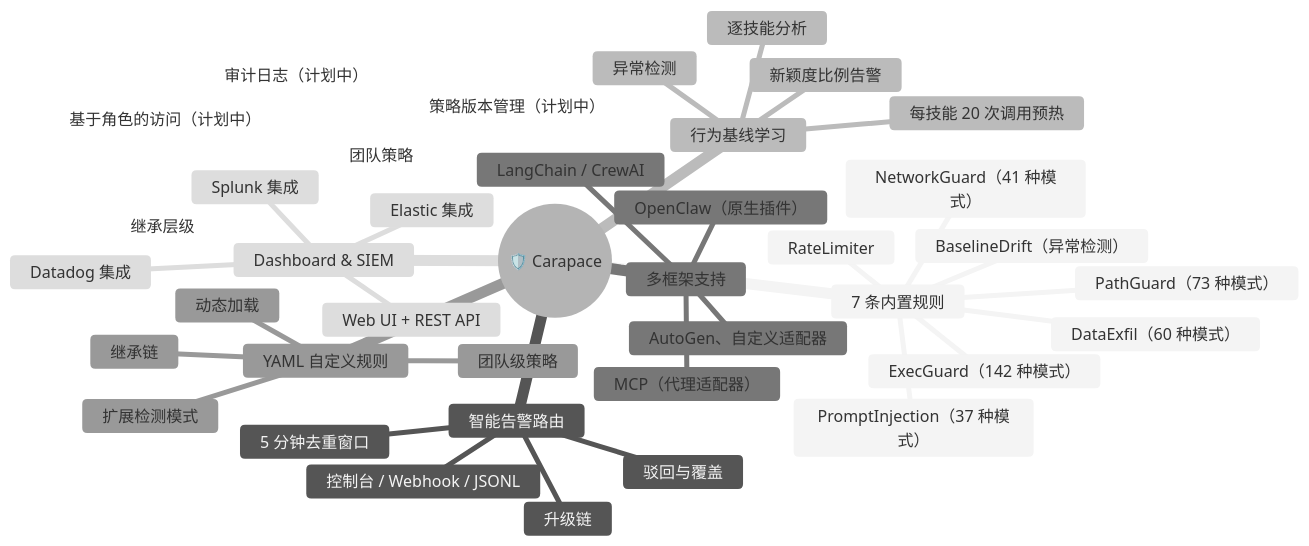
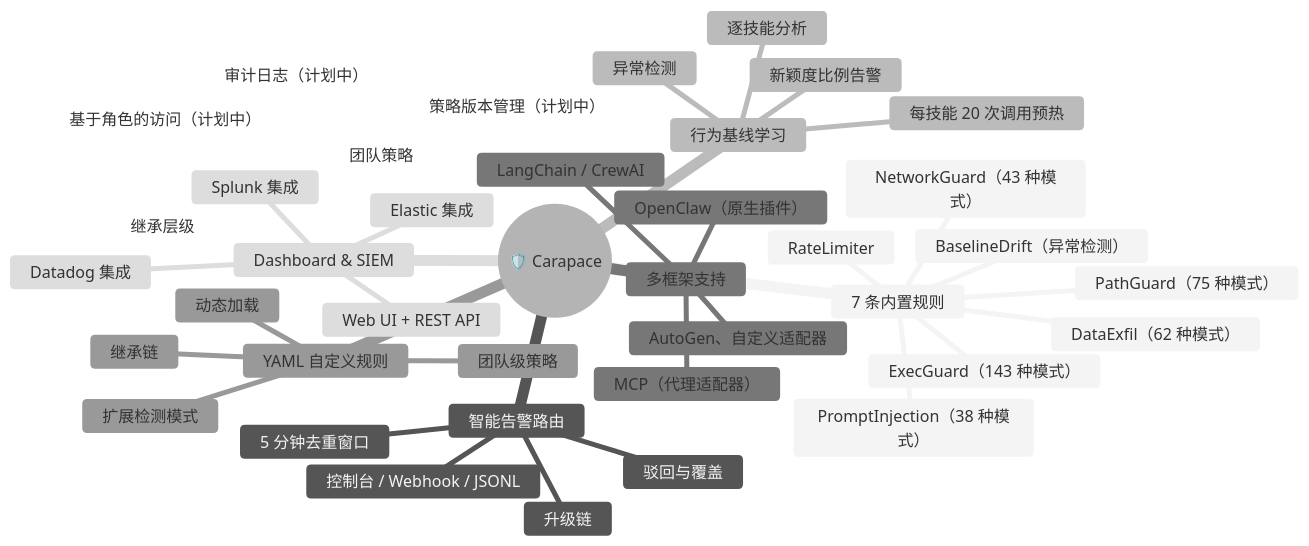
The first of 4 diagrams in README.zh-CN.md (yeasy/carapace), drawn with Mermaid (neutral theme) before and after one commit. The commit also changed other lines of this file and 4 other files, not shown here.

````diff
--- a/README.zh-CN.md
+++ b/README.zh-CN.md
@@ -70,42 +70,42 @@
 ```mermaid
 mindmap
   root((🛡️ Carapace))
     7 条内置规则
-      ExecGuard（142 种模式）
-      PathGuard（73 种模式）
-      NetworkGuard（41 种模式）
+      ExecGuard（143 种模式）
+      PathGuard（75 种模式）
+      NetworkGuard（43 种模式）
       RateLimiter
-      PromptInjection（37 种模式）
-      DataExfil（60 种模式）
+      PromptInjection（38 种模式）
+      DataExfil（62 种模式）
       BaselineDrift（异常检测）
     智能告警路由
       5 分钟去重窗口
       升级链
       驳回与覆盖
       控制台 / Webhook / JSONL
     行为基线学习
       每技能 20 次调用预热
       逐技能分析
       异常检测
       新颖度比例告警
     多框架支持
       OpenClaw（原生插件）
       MCP（代理适配器）
       LangChain / CrewAI
       AutoGen、自定义适配器
     YAML 自定义规则
       扩展检测模式
       团队级策略
       继承链
       动态加载
     Dashboard & SIEM
       Web UI + REST API
       Splunk 集成
       Elastic 集成
       Datadog 集成
     团队策略
       继承层级
       基于角色的访问（计划中）
       策略版本管理（计划中）
       审计日志（计划中）
 ```
````
